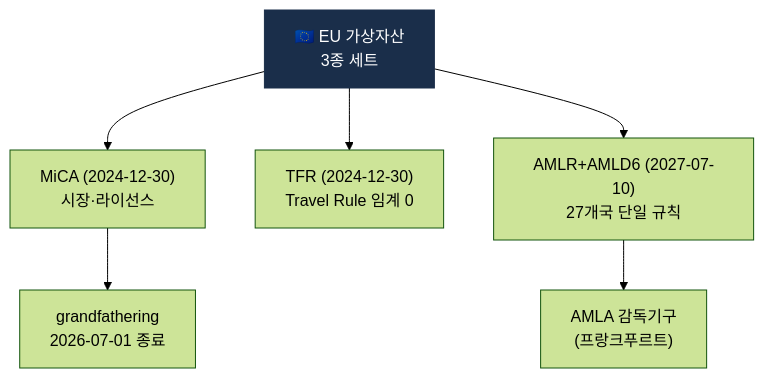
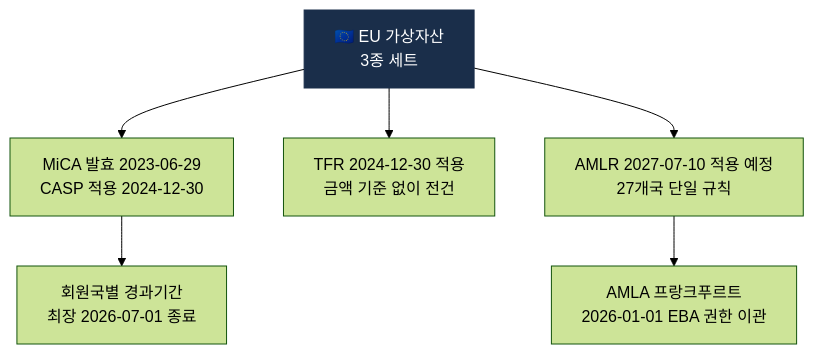
One commit to lala-david/aml-notes changed the first of 2 diagrams in curriculum/day_20.md. Above: the diagram before and after it, drawn with Mermaid (forest theme). The commit also changed other lines of this file and 233 other files, not shown here.

````diff
--- a/curriculum/day_20.md
+++ b/curriculum/day_20.md
@@ -13,9 +13,9 @@
 ```mermaid
 flowchart TB
-    EU["🇪🇺 EU 가상자산<br/>3종 세트"] --> M["MiCA (2024-12-30)<br/>시장·라이선스"]
-    EU --> T["TFR (2024-12-30)<br/>Travel Rule 임계 0"]
-    EU --> A["AMLR+AMLD6 (2027-07-10)<br/>27개국 단일 규칙"]
-    M --> MG["grandfathering<br/>2026-07-01 종료"]
-    A --> AMLA["AMLA 감독기구<br/>(프랑크푸르트)"]
+    EU["🇪🇺 EU 가상자산<br/>3종 세트"] --> M["MiCA 발효 2023-06-29<br/>CASP 적용 2024-12-30"]
+    EU --> T["TFR 2024-12-30 적용<br/>금액 기준 없이 전건"]
+    EU --> A["AMLR 2027-07-10 적용 예정<br/>27개국 단일 규칙"]
+    M --> MG["회원국별 경과기간<br/>최장 2026-07-01 종료"]
+    A --> AMLA["AMLA 프랑크푸르트<br/>2026-01-01 EBA 권한 이관"]
     style EU fill:#1a2e4a,color:#fff,stroke:#1a2e4a
 ```
````
